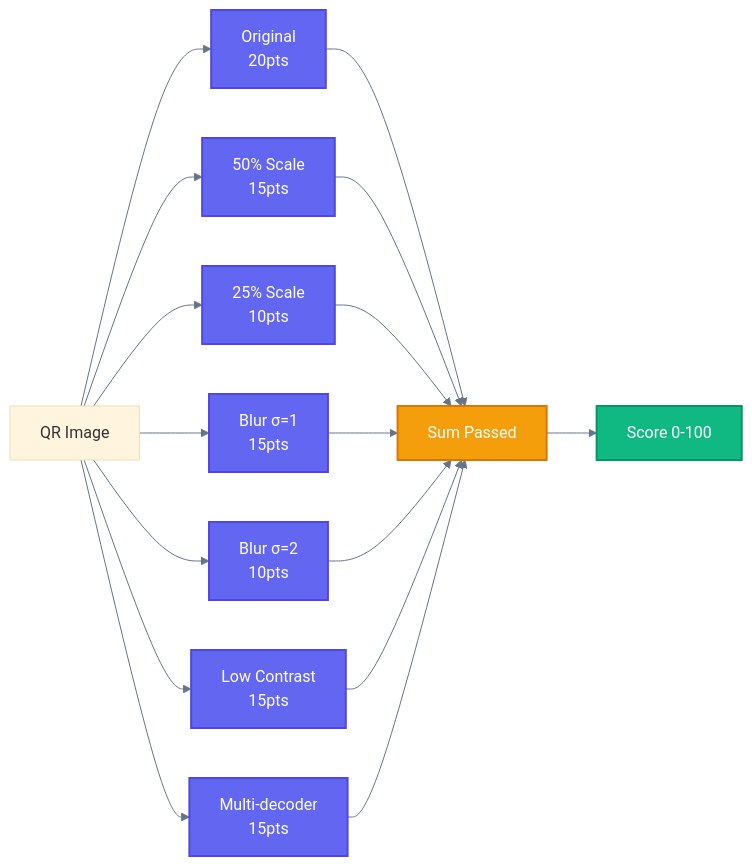
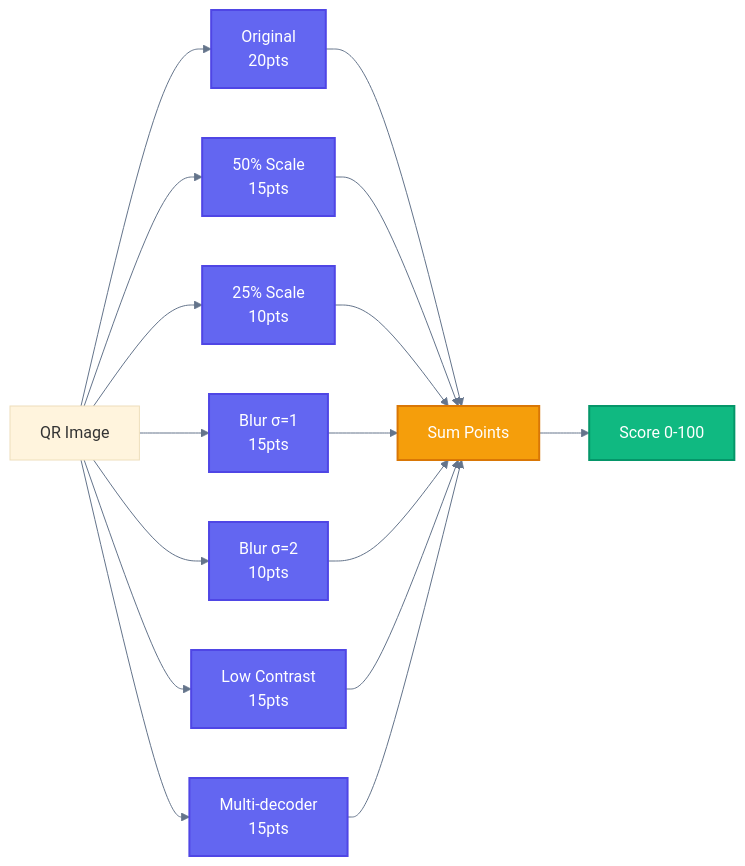
One commit to supernovae-ai/qrai-scanner changed the third of 4 diagrams in README.md. Above: the diagram before and after it, drawn with Mermaid. The commit also changed other lines of this file and 1 other file, not shown here.

First line of the commit message:
docs(readme): complete rewrite with improved structure and Mermaid diagrams

````diff
--- a/README.md
+++ b/README.md
@@ -234,20 +240,20 @@
 ```mermaid
 %%{init: {'theme': 'base', 'themeVariables': {'lineColor': '#64748b'}}}%%
 flowchart LR
-    accTitle: Stress Test Pipeline
-    accDescr: Shows the stress tests used for scoring
+    accTitle: Scannability Score Components
+    accDescr: How the score is calculated from stress tests
 
     classDef test fill:#6366f1,stroke:#4f46e5,stroke-width:2px,color:#ffffff
     classDef weight fill:#f59e0b,stroke:#d97706,stroke-width:2px,color:#ffffff
     classDef result fill:#10b981,stroke:#059669,stroke-width:2px,color:#ffffff
 
     QR[QR Image] --> T1[Original<br>20pts]:::test
     QR --> T2[50% Scale<br>15pts]:::test
     QR --> T3[25% Scale<br>10pts]:::test
     QR --> T4[Blur σ=1<br>15pts]:::test
     QR --> T5[Blur σ=2<br>10pts]:::test
     QR --> T6[Low Contrast<br>15pts]:::test
     QR --> T7[Multi-decoder<br>15pts]:::test
 
-    T1 & T2 & T3 & T4 & T5 & T6 & T7 --> SUM[Sum Passed]:::weight --> SCORE[Score 0-100]:::result
+    T1 & T2 & T3 & T4 & T5 & T6 & T7 --> SUM[Sum Points]:::weight --> SCORE[Score 0-100]:::result
 ```
````
